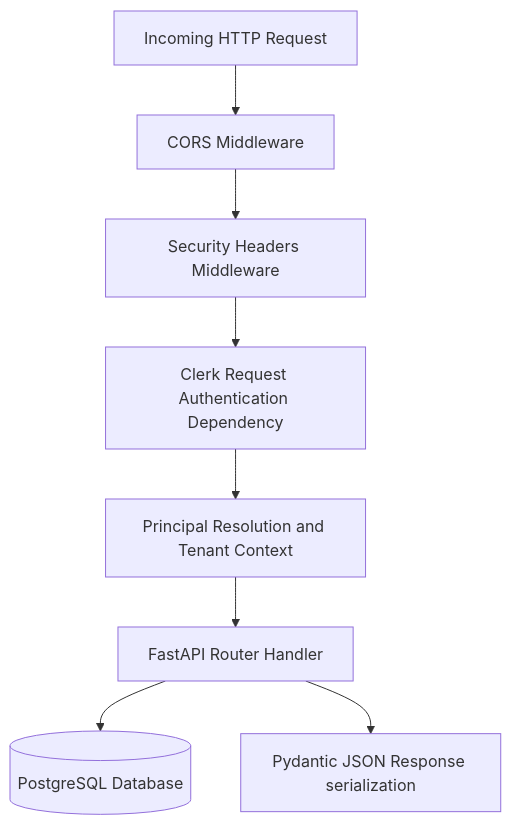
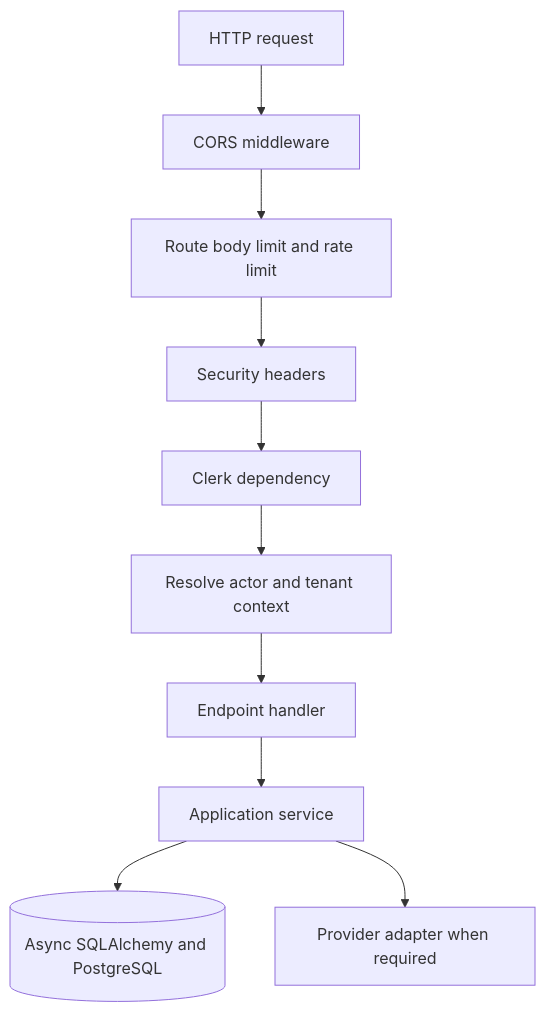
One commit to ORIOP25/Cronos changed the diagram in documentation/05_backend_api/BACKEND_ARCHITECTURE.md. Above: the diagram before and after it, drawn with Mermaid. The commit also changed other lines of this file and 41 other files, not shown here.

````diff
--- a/documentation/05_backend_api/BACKEND_ARCHITECTURE.md
+++ b/documentation/05_backend_api/BACKEND_ARCHITECTURE.md
@@ -17,10 +39,12 @@
 ```mermaid
 flowchart TD
-    Req[Incoming HTTP Request] --> CORS[CORS Middleware]
-    CORS --> Security[Security Headers Middleware]
-    Security --> Auth[Clerk Request Authentication Dependency]
-    Auth --> RLS[Principal Resolution and Tenant Context]
-    RLS --> Handler[FastAPI Router Handler]
-    Handler --> DB[(PostgreSQL Database)]
-    Handler --> Res[Pydantic JSON Response serialization]
+    Request[HTTP request] --> CORS[CORS middleware]
+    CORS --> Limit[Route body limit and rate limit]
+    Limit --> Headers[Security headers]
+    Headers --> Auth[Clerk dependency]
+    Auth --> Tenant[Resolve actor and tenant context]
+    Tenant --> Handler[Endpoint handler]
+    Handler --> Service[Application service]
+    Service --> DB[(Async SQLAlchemy and PostgreSQL)]
+    Service --> Provider[Provider adapter when required]
 ```
````
